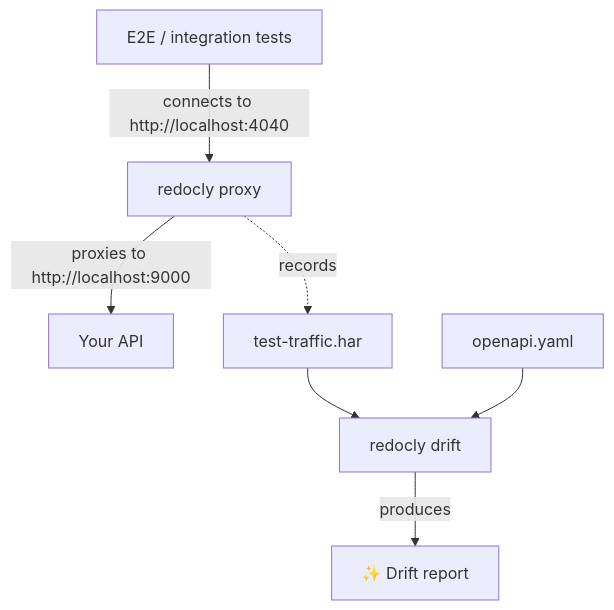
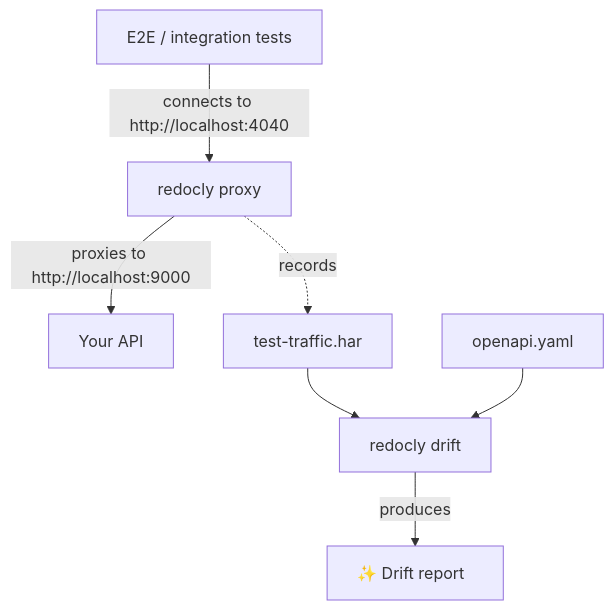
Before and after one commit to Redocly/website: the diagram in blog/catch-api-drift.md, drawn with Mermaid.

Commit message:
fix: emoji text width issue

````diff
--- a/blog/catch-api-drift.md
+++ b/blog/catch-api-drift.md
@@ -51,9 +51,9 @@
 ```mermaid {% align="center" %}
 flowchart TD
     tests["E2E / integration tests"] -->|"connects to http://localhost:4040"| proxy["redocly proxy"]
     proxy -->|"proxies to http://localhost:9000"| target["Your API"]
     proxy -.->|"records"| har["test-traffic.har"]
     har --> drift["redocly drift"]
     openapi["openapi.yaml"] --> drift
-    drift -->|"produces"| report["✨ Drift report"]
+    drift -->|"produces"| report["✨ Drift report&nbsp;&nbsp;"]
 ```
````
